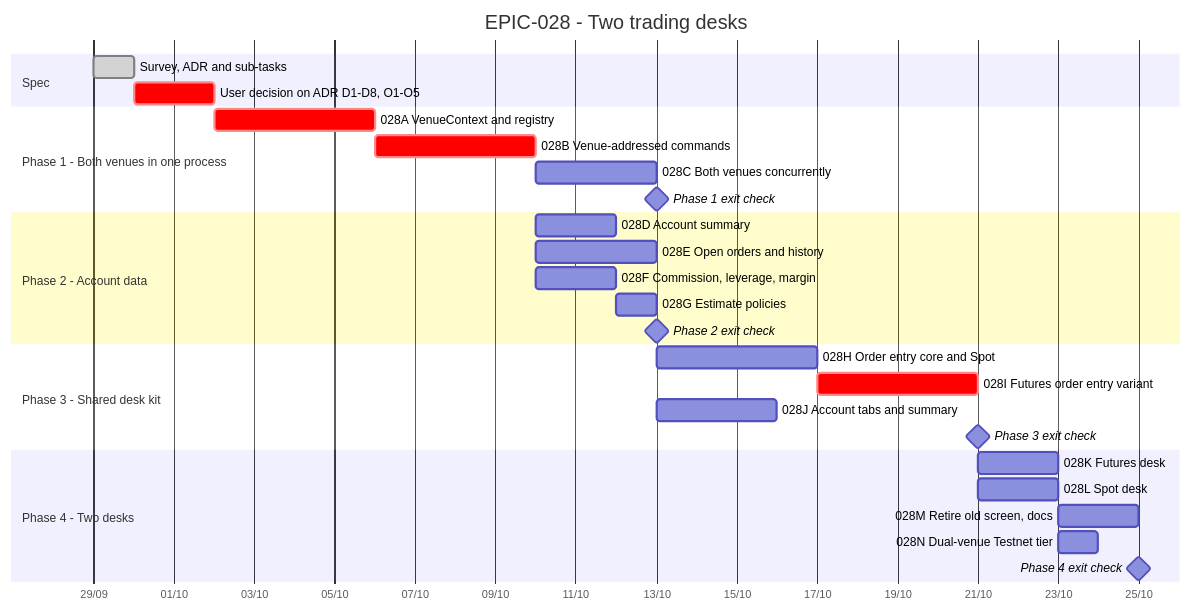
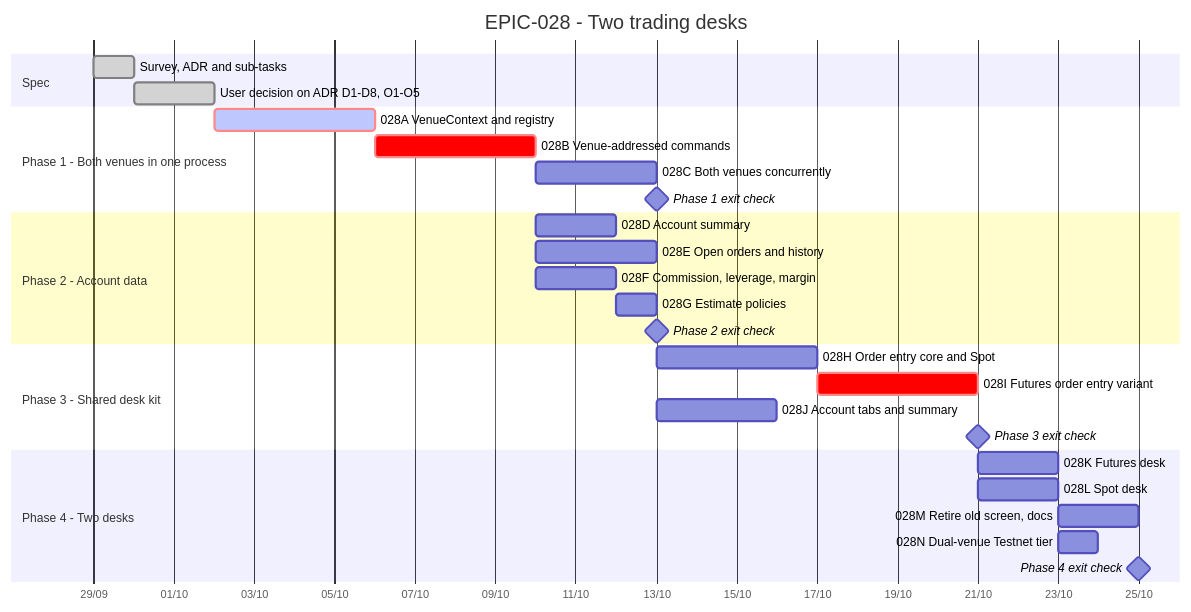
Before and after one commit to anhembedded/Sagittarius_Elite_Warrior: the diagram in Tasks/epics/EPIC-028_futures_and_spot_trading_desks/TRACKING.md, drawn with Mermaid. The commit also changed other lines of this file and 19 other files, not shown here.

````diff
--- a/Tasks/epics/EPIC-028_futures_and_spot_trading_desks/TRACKING.md
+++ b/Tasks/epics/EPIC-028_futures_and_spot_trading_desks/TRACKING.md
@@ -15,37 +15,37 @@
 ```mermaid
 gantt
     title EPIC-028 - Two trading desks
     dateFormat  YYYY-MM-DD
     axisFormat  %d/%m
     todayMarker stroke-width:2px,stroke:#d33,opacity:0.6
 
     section Spec
     Survey, ADR and sub-tasks              :done,    s1, 2026-09-29, 1d
-    User decision on ADR D1-D8, O1-O5      :crit,    s2, after s1, 2d
+    User decision on ADR D1-D8, O1-O5      :done,    s2, after s1, 2d
 
     section Phase 1 - Both venues in one process
-    028A VenueContext and registry         :crit,    a, after s2, 4d
+    028A VenueContext and registry         :crit, active, a, after s2, 4d
     028B Venue-addressed commands          :crit,    b, after a, 4d
     028C Both venues concurrently          :         c, after b, 3d
     Phase 1 exit check                     :milestone, m1, after c, 0d
 
     section Phase 2 - Account data
     028D Account summary                   :         d, after b, 2d
     028E Open orders and history           :         e, after b, 3d
     028F Commission, leverage, margin      :         f, after b, 2d
     028G Estimate policies                 :         g, after f, 1d
     Phase 2 exit check                     :milestone, m2, after e, 0d
 
     section Phase 3 - Shared desk kit
     028H Order entry core and Spot         :         h, after g, 4d
     028I Futures order entry variant       :crit,    i, after h, 4d
     028J Account tabs and summary          :         j, after e, 3d
     Phase 3 exit check                     :milestone, m3, after i, 0d
 
     section Phase 4 - Two desks
     028K Futures desk                      :         k, after m3, 2d
     028L Spot desk                         :         l, after m3, 2d
     028M Retire old screen, docs           :         mm, after k, 2d
     028N Dual-venue Testnet tier           :         n, after l, 1d
     Phase 4 exit check                     :milestone, m4, after mm, 0d
 ```
````
